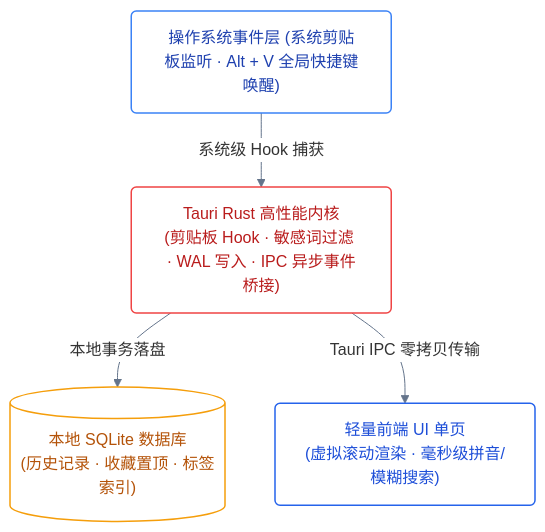
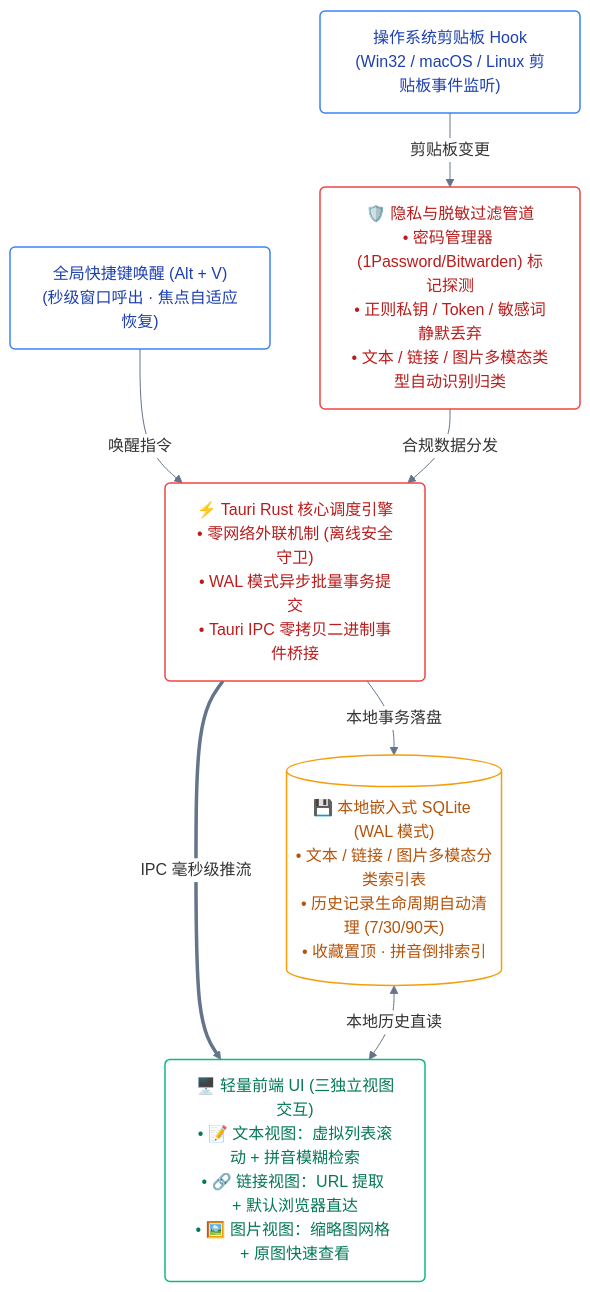
Before and after one commit to s1oopX/clipmaster-tauri: the diagram in README.md, drawn with Mermaid.

Commit message:
docs: enlarge clipmaster architecture diagram to full 3-tier rich layout

````diff
--- a/README.md
+++ b/README.md
@@ -47,23 +47,32 @@
 ```mermaid
 %%{init: {'theme': 'base', 'themeVariables': { 'edgeLabelBackground': '#ffffff', 'mainBkg': '#ffffff', 'lineColor': '#64748b' }}}%%
 flowchart TB
     classDef os fill:#ffffff,stroke:#3b82f6,stroke-width:1.5px,color:#1e40af,rx:5px,ry:5px;
     classDef rust fill:#ffffff,stroke:#ef4444,stroke-width:1.5px,color:#b91c1c,rx:5px,ry:5px;
-    classDef ui fill:#ffffff,stroke:#2563eb,stroke-width:1.5px,color:#1d4ed8,rx:5px,ry:5px;
     classDef db fill:#ffffff,stroke:#f59e0b,stroke-width:1.5px,color:#b45309,rx:5px,ry:5px;
+    classDef ui fill:#ffffff,stroke:#10b981,stroke-width:1.5px,color:#047857,rx:5px,ry:5px;
 
-    %% 1. 系统级交互 (顶层)
-    OS["操作系统事件层 (系统剪贴板监听 · Alt + V 全局快捷键唤醒)"]:::os
+    %% 1. 系统级事件接入 (顶层并排)
+    SYS_EVENT["操作系统剪贴板 Hook<br/>(Win32 / macOS / Linux 剪贴板事件监听)"]:::os
+    GLOBAL_HOTKEY["全局快捷键唤醒 (Alt + V)<br/>(秒级窗口呼出 · 焦点自适应恢复)"]:::os
 
-    %% 2. Tauri Rust 核心层 (中层)
-    CORE["Tauri Rust 高性能内核<br/>(剪贴板 Hook · 敏感词过滤 · WAL 写入 · IPC 异步事件桥接)"]:::rust
+    %% 2. Tauri Rust 核心安全与调度中枢 (中层双核)
+    SECURITY_PIPE["🛡️ 隐私与脱敏过滤管道<br/>• 密码管理器 (1Password/Bitwarden) 标记探测<br/>• 正则私钥 / Token / 敏感词静默丢弃<br/>• 文本 / 链接 / 图片多模态类型自动识别归类"]:::rust
 
-    %% 3. 数据与渲染层 (底层双核)
-    DB[("本地 SQLite 数据库<br/>(历史记录 · 收藏置顶 · 标签索引)")]:::db
-    UI["轻量前端 UI 单页<br/>(虚拟滚动渲染 · 毫秒级拼音/模糊搜索)"]:::ui
+    CORE_ENGINE["⚡ Tauri Rust 核心调度引擎<br/>• 零网络外联机制 (离线安全守卫)<br/>• WAL 模式异步批量事务提交<br/>• Tauri IPC 零拷贝二进制事件桥接"]:::rust
 
-    %% 纵向饱满流转
-    OS -->|"系统级 Hook 捕获"| CORE
-    CORE -->|"本地事务落盘"| DB
-    CORE -->|"Tauri IPC 零拷贝传输"| UI
+    %% 3. 本地存储与多视图渲染层 (底层双核)
+    LOCAL_DB[("💾 本地嵌入式 SQLite (WAL 模式)<br/>• 文本 / 链接 / 图片多模态分类索引表<br/>• 历史记录生命周期自动清理 (7/30/90天)<br/>• 收藏置顶 · 拼音倒排索引")]:::db
+
+    FRONTEND_UI["🖥️ 轻量前端 UI (三独立视图交互)<br/>• 📝 文本视图：虚拟列表滚动 + 拼音模糊检索<br/>• 🔗 链接视图：URL 提取 + 默认浏览器直达<br/>• 🖼️ 图片视图：缩略图网格 + 原图快速查看"]:::ui
+
+    %% 纵向饱满流转 (大字号、结构分明)
+    SYS_EVENT -->|"剪贴板变更"| SECURITY_PIPE
+    GLOBAL_HOTKEY -->|"唤醒指令"| CORE_ENGINE
+
+    SECURITY_PIPE -->|"合规数据分发"| CORE_ENGINE
+
+    CORE_ENGINE -->|"本地事务落盘"| LOCAL_DB
+    CORE_ENGINE ==>|"IPC 毫秒级推流"| FRONTEND_UI
+    LOCAL_DB <-->|"本地历史直读"| FRONTEND_UI
 ```
````
